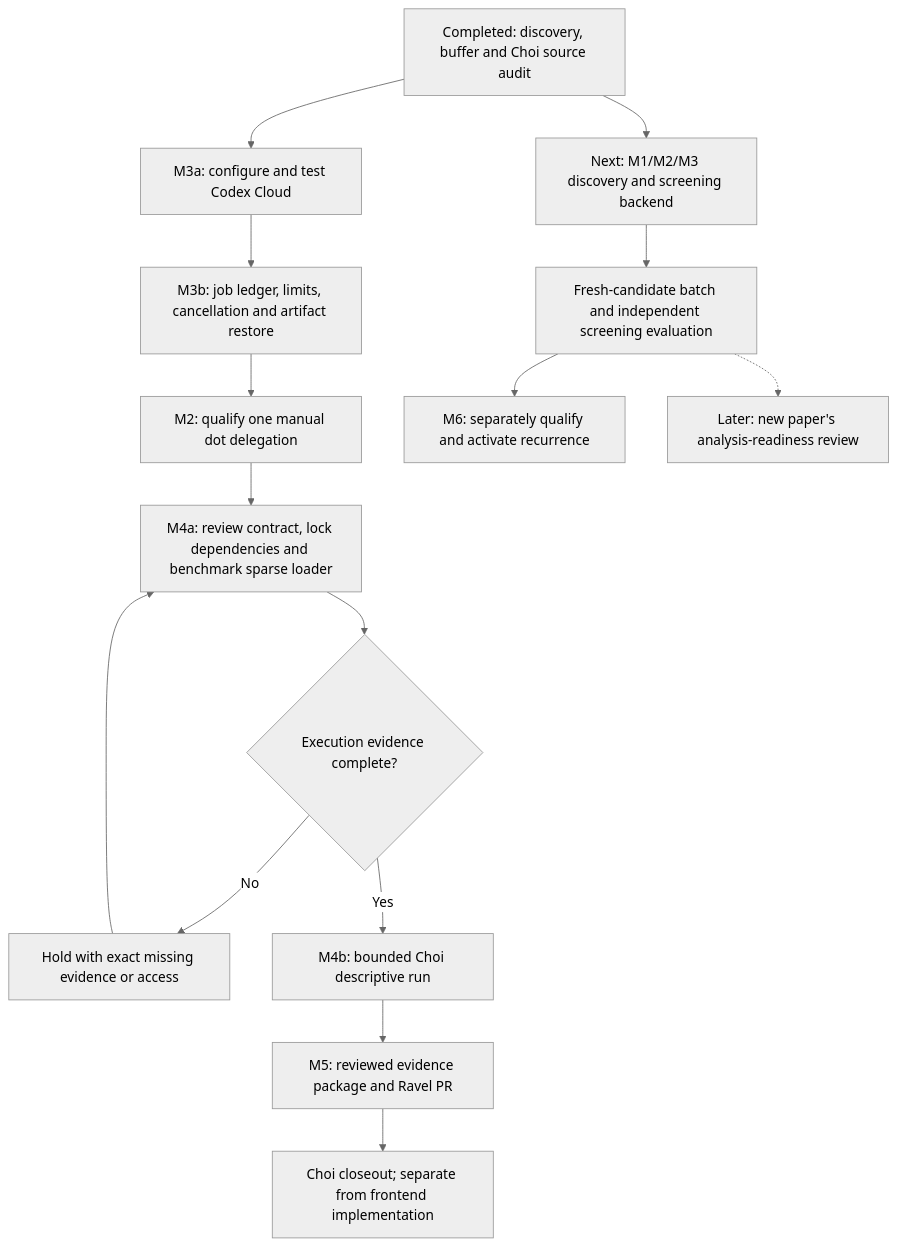
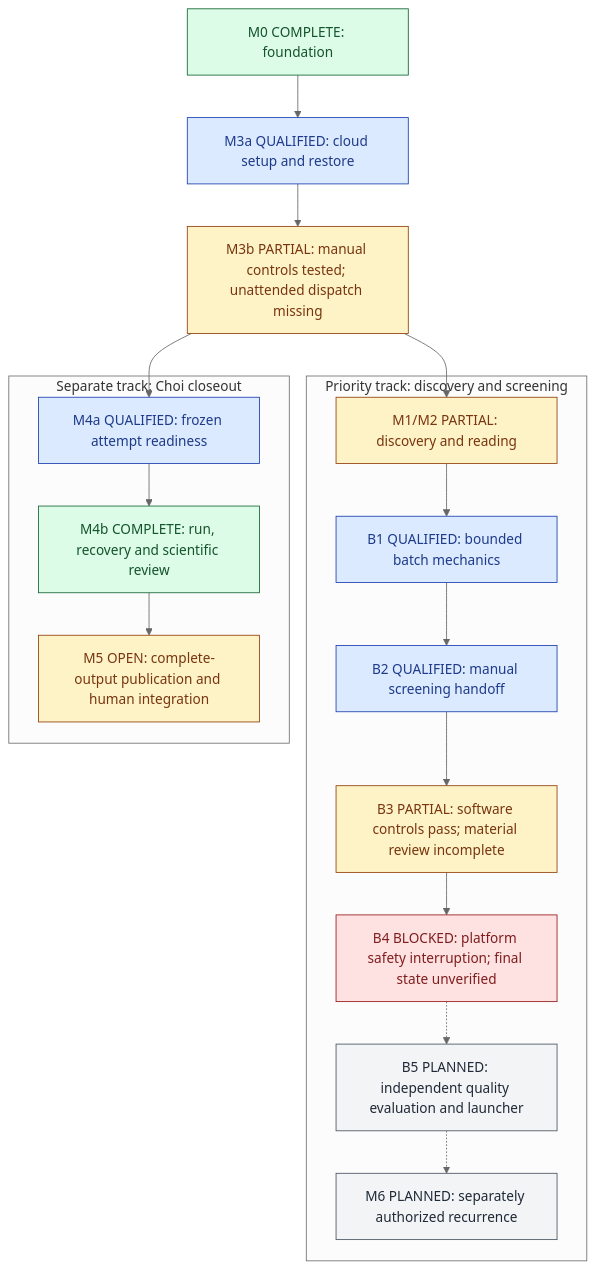
Before and after one commit to xorca0711/weft: the diagram in docs/IMPLEMENTATION_PLAN.md, drawn with Mermaid (neutral theme). The commit also changed other lines of this file and 6 other files, not shown here.

Commit message:
Mark established roadmap stages and audit PR stack integration

````diff
--- a/docs/IMPLEMENTATION_PLAN.md
+++ b/docs/IMPLEMENTATION_PLAN.md
@@ -70,17 +113,29 @@
 ```mermaid
 flowchart TD
-    B["Completed: discovery, buffer and Choi source audit"] --> C["M3a: configure and test Codex Cloud"]
-    C --> J["M3b: job ledger, limits, cancellation and artifact restore"]
-    J --> D["M2: qualify one manual dot delegation"]
-    D --> K["M4a: review contract, lock dependencies and benchmark sparse loader"]
-    K --> G{"Execution evidence complete?"}
-    G -->|No| H["Hold with exact missing evidence or access"]
-    H --> K
-    G -->|Yes| P["M4b: bounded Choi descriptive run"]
-    P --> R["M5: reviewed evidence package and Ravel PR"]
-    B --> E["Next: M1/M2/M3 discovery and screening backend"]
-    E --> U["Fresh-candidate batch and independent screening evaluation"]
-    U --> A["M6: separately qualify and activate recurrence"]
-    U -.-> N["Later: new paper's analysis-readiness review"]
-    R --> Z["Choi closeout; separate from frontend implementation"]
+    F["M0 COMPLETE: foundation"] --> E["M3a QUALIFIED: cloud setup and restore"]
+    E --> J["M3b PARTIAL: manual controls tested; unattended dispatch missing"]
+    subgraph BACKEND["Priority track: discovery and screening"]
+        Q["M1/M2 PARTIAL: discovery and reading"] --> B1["B1 QUALIFIED: bounded batch mechanics"]
+        B1 --> B2["B2 QUALIFIED: manual screening handoff"]
+        B2 --> B3["B3 PARTIAL: software controls pass; material review incomplete"]
+        B3 --> B4["B4 BLOCKED: platform safety interruption; final state unverified"]
+        B4 -.-> B5["B5 PLANNED: independent quality evaluation and launcher"]
+        B5 -.-> M6["M6 PLANNED: separately authorized recurrence"]
+    end
+    subgraph PILOT["Separate track: Choi closeout"]
+        R["M4a QUALIFIED: frozen attempt readiness"] --> C["M4b COMPLETE: run, recovery and scientific review"]
+        C --> I["M5 OPEN: complete-output publication and human integration"]
+    end
+    J --> Q
+    J --> R
+    classDef done fill:#dcfce7,stroke:#166534,color:#14532d
+    classDef qualified fill:#dbeafe,stroke:#1e40af,color:#1e3a8a
+    classDef partial fill:#fef3c7,stroke:#92400e,color:#78350f
+    classDef blocked fill:#fee2e2,stroke:#991b1b,color:#7f1d1d
+    classDef planned fill:#f3f4f6,stroke:#4b5563,color:#1f2937
+    class F,C done
+    class E,B1,B2,R qualified
+    class J,Q,B3,I partial
+    class B4 blocked
+    class B5,M6 planned
 ```
````
